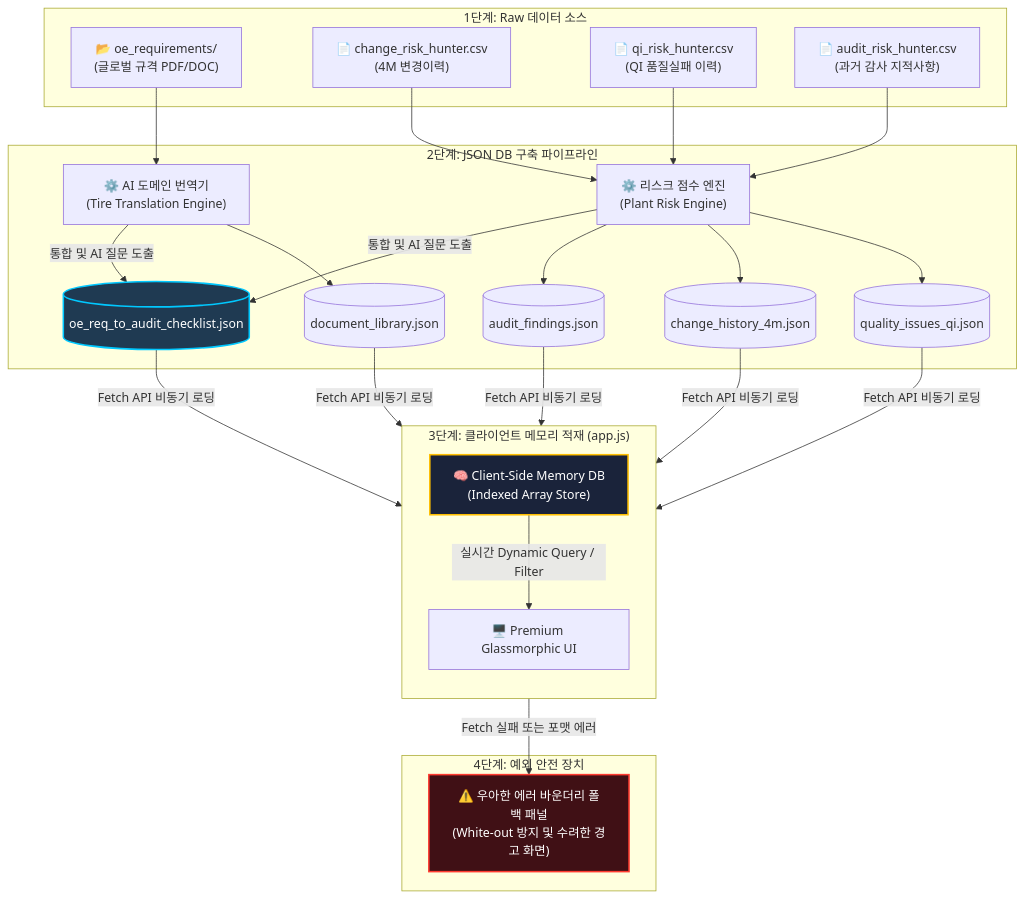
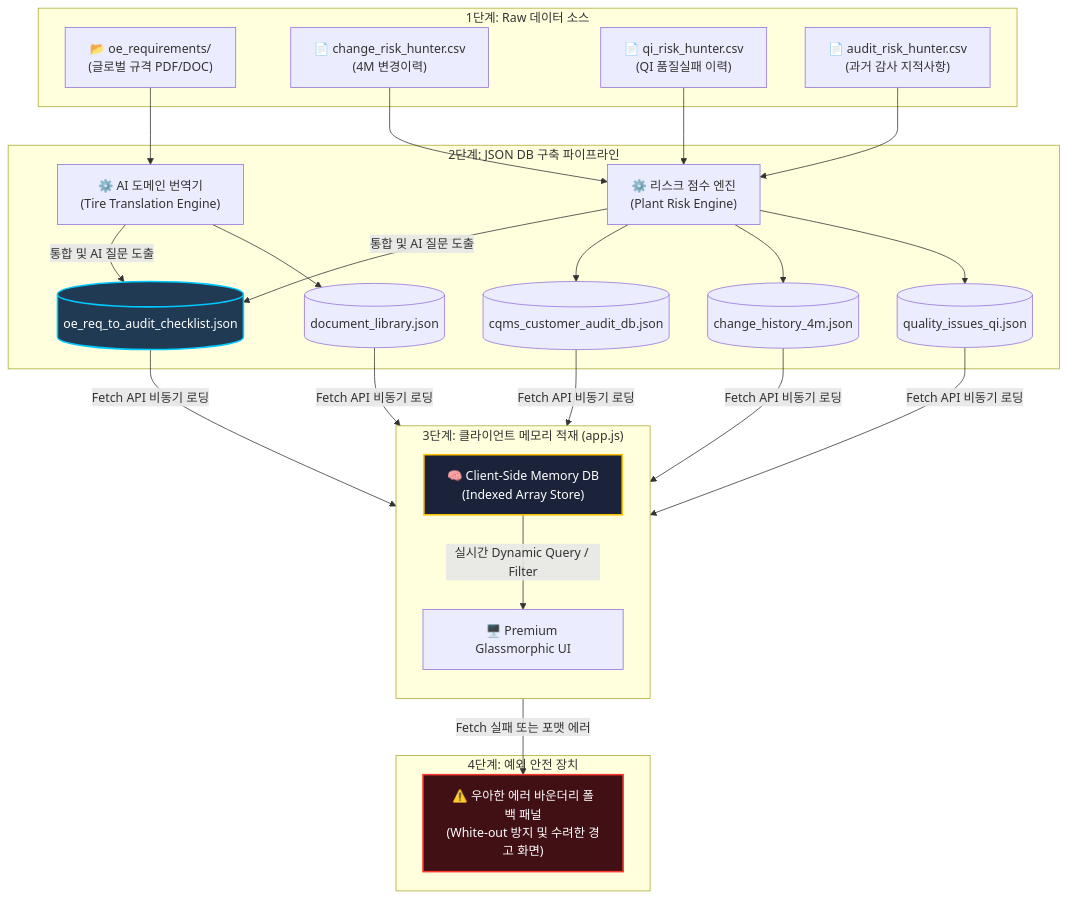
Before and after one commit to jumasi-34/RiskHunter: the diagram in context/18_resource_json_database_transition_spec.md, drawn with Mermaid. The commit also changed other lines of this file and 9 other files, not shown here.

Commit message:
refactor: rename data/audit_findings.json to data/cqms_customer_audit_db.json and update references

````diff
--- a/context/18_resource_json_database_transition_spec.md
+++ b/context/18_resource_json_database_transition_spec.md
@@ -24,38 +24,38 @@
 ```mermaid
 flowchart TD
     subgraph Raw_Sources ["1단계: Raw 데이터 소스"]
         A1["📂 oe_requirements/<br>(글로벌 규격 PDF/DOC)"]
         A2["📄 change_risk_hunter.csv<br>(4M 변경이력)"]
         A3["📄 qi_risk_hunter.csv<br>(QI 품질실패 이력)"]
         A4["📄 audit_risk_hunter.csv<br>(과거 감사 지적사항)"]
     end
 
     subgraph ETL_Pipeline ["2단계: JSON DB 구축 파이프라인"]
         B1["⚙️ AI 도메인 번역기<br>(Tire Translation Engine)"]
         B2["⚙️ 리스크 점수 엔진<br>(Plant Risk Engine)"]
         
         A1 --> B1
         A2 & A3 & A4 --> B2
         
         B1 --> C1[("document_library.json")]
         B2 --> C2[("quality_issues_qi.json")]
         B2 --> C3[("change_history_4m.json")]
-        B2 --> C4[("audit_findings.json")]
+        B2 --> C4[("cqms_customer_audit_db.json")]
         
         B1 & B2 -->|통합 및 AI 질문 도출| C5[("oe_req_to_audit_checklist.json")]
     end
 
     subgraph Client_Runtime ["3단계: 클라이언트 메모리 적재 (app.js)"]
         direction TB
         C1 & C2 & C3 & C4 & C5 -->|Fetch API 비동기 로딩| ME["🧠 Client-Side Memory DB<br>(Indexed Array Store)"]
         ME -->|실시간 Dynamic Query / Filter| UI["🖥️ Premium Glassmorphic UI"]
     end
 
     subgraph Error_Boundary ["4단계: 예외 안전 장치"]
         UI -->|Fetch 실패 또는 포맷 에러| FE["⚠️ 우아한 에러 바운더리 폴백 패널<br>(White-out 방지 및 수려한 경고 화면)"]
     end
 
     style C5 fill:#1f3a52,stroke:#00c8ff,stroke-width:2px,color:#fff
     style ME fill:#1a233a,stroke:#ffbf00,stroke-width:2px,color:#fff
     style FE fill:#401015,stroke:#ff3b30,stroke-width:2px,color:#fff
 ```
````
